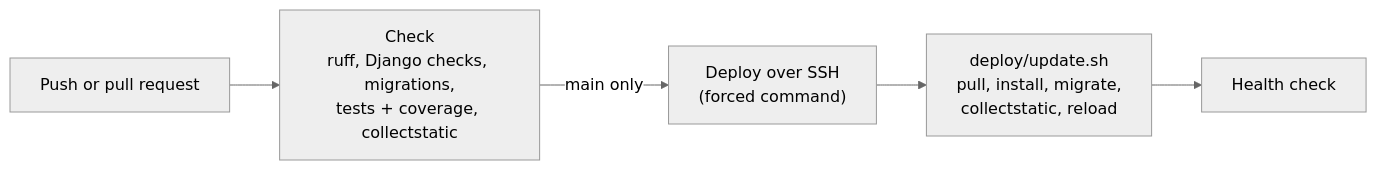
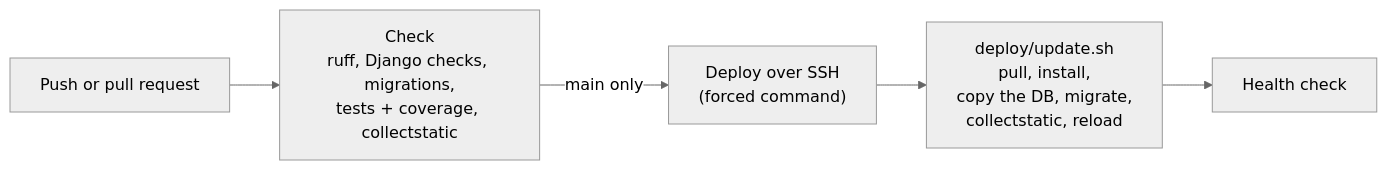
Before and after one commit to NestorBracho/blogweb: the second of 2 diagrams in README.md, drawn with Mermaid (neutral theme). The commit also changed other lines of this file and 3 other files, not shown here.

First line of the commit message:
ops: copy the database before a deploy migrates it

````diff
--- a/README.md
+++ b/README.md
@@ -78,7 +78,7 @@
 ```mermaid
 flowchart LR
     push["Push or pull request"] --> check["Check<br/>ruff, Django checks, migrations,<br/>tests + coverage, collectstatic"]
     check -->|"main only"| deploy["Deploy over SSH<br/>(forced command)"]
-    deploy --> update["deploy/update.sh<br/>pull, install, migrate,<br/>collectstatic, reload"]
+    deploy --> update["deploy/update.sh<br/>pull, install,<br/>copy the DB, migrate,<br/>collectstatic, reload"]
     update --> health["Health check"]
 ```
````
